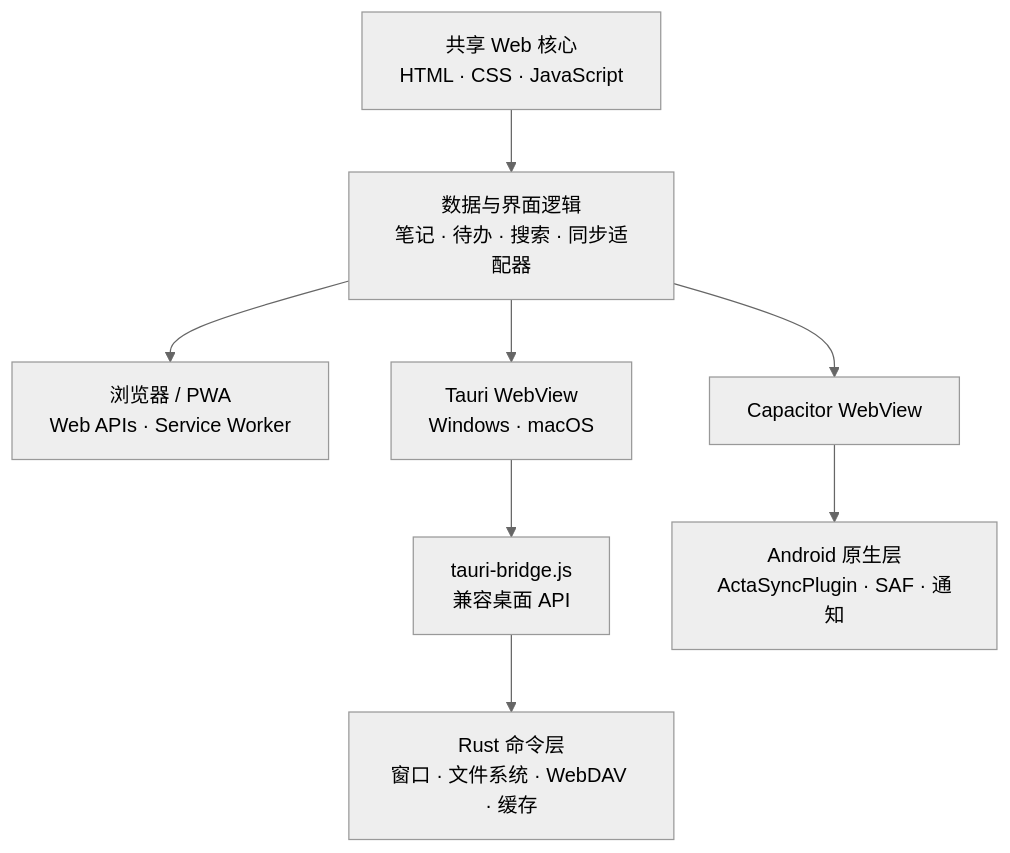
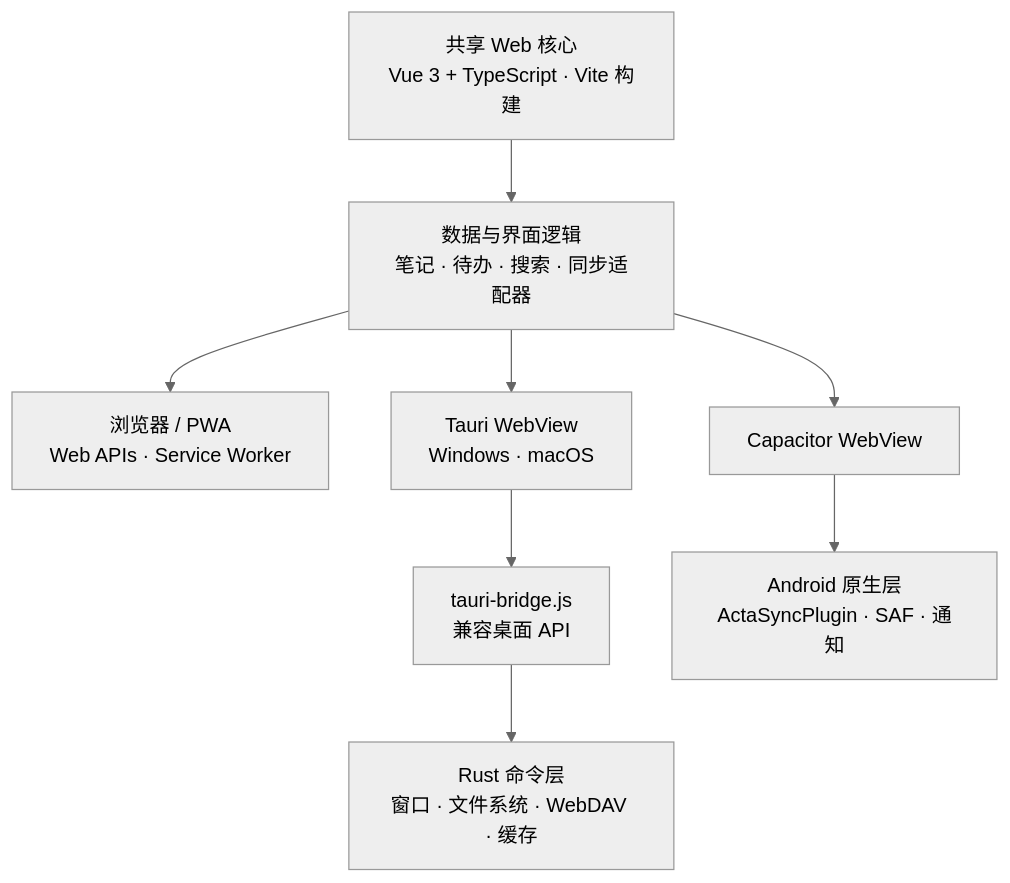
The diagram in README.md (MogroWang/Acta), drawn with Mermaid (neutral theme) before and after one commit. The commit also changed other lines of this file and 49 other files, not shown here.

First line of the commit message:
feat(v3.1.0): 引入 Vite 8 + Vue 3 + TypeScript 构建管线

````diff
--- a/README.md
+++ b/README.md
@@ -63,16 +69,16 @@
 ```mermaid
 flowchart TB
-    Core["共享 Web 核心<br/>HTML · CSS · JavaScript"]
+    Core["共享 Web 核心<br/>Vue 3 + TypeScript · Vite 构建"]
     Model["数据与界面逻辑<br/>笔记 · 待办 · 搜索 · 同步适配器"]
     PWA["浏览器 / PWA<br/>Web APIs · Service Worker"]
     Tauri["Tauri WebView<br/>Windows · macOS"]
     Bridge["tauri-bridge.js<br/>兼容桌面 API"]
     Rust["Rust 命令层<br/>窗口 · 文件系统 · WebDAV · 缓存"]
     Android["Capacitor WebView"]
     Native["Android 原生层<br/>ActaSyncPlugin · SAF · 通知"]
 
     Core --> Model
     Model --> PWA
     Model --> Tauri --> Bridge --> Rust
     Model --> Android --> Native
 ```
````
